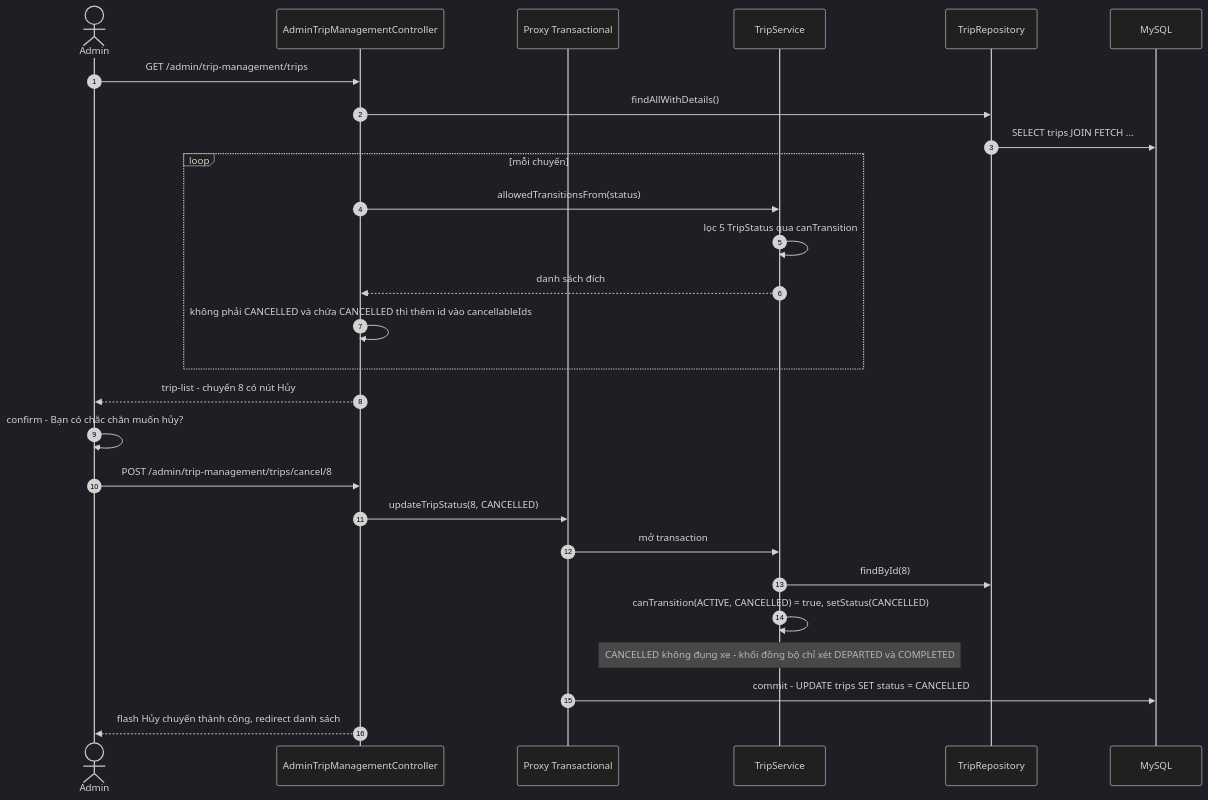
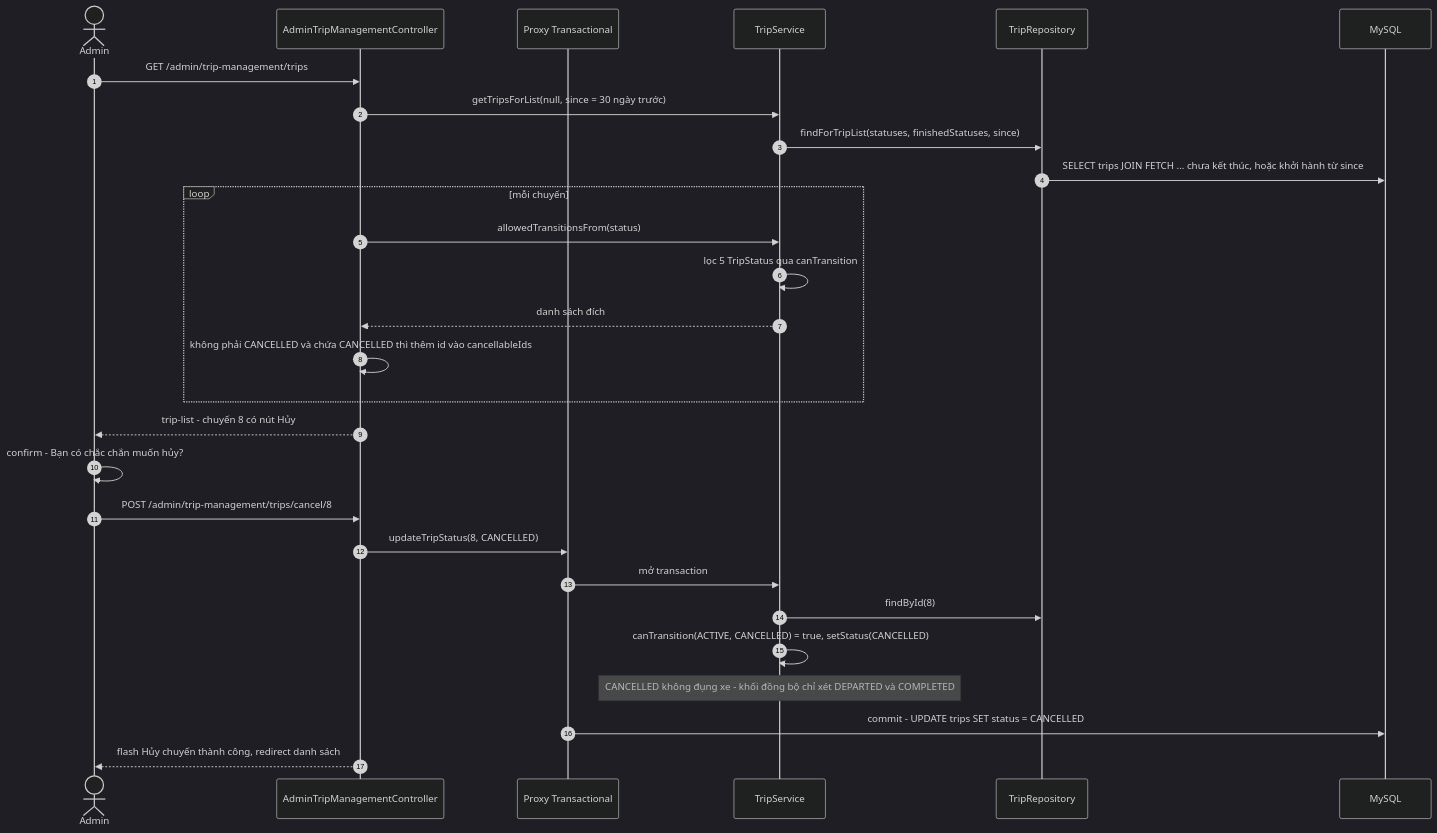
The fifth of 5 diagrams in BusManagement/docs/study/05-trip-fsm.md (giang-it/BusManagement), drawn with Mermaid (dark theme) before and after one commit. The commit also changed other lines of this file and 14 other files, not shown here.

````diff
--- a/BusManagement/docs/study/05-trip-fsm.md
+++ b/BusManagement/docs/study/05-trip-fsm.md
@@ -364,29 +364,30 @@
 ```mermaid
 sequenceDiagram
     autonumber
     actor A as Admin
     participant C as AdminTripManagementController
     participant P as Proxy Transactional
     participant S as TripService
     participant R as TripRepository
     participant DB as MySQL
     A->>C: GET /admin/trip-management/trips
-    C->>R: findAllWithDetails()
-    R->>DB: SELECT trips JOIN FETCH ...
+    C->>S: getTripsForList(null, since = 30 ngày trước)
+    S->>R: findForTripList(statuses, finishedStatuses, since)
+    R->>DB: SELECT trips JOIN FETCH ... chưa kết thúc, hoặc khởi hành từ since
     loop mỗi chuyến
         C->>S: allowedTransitionsFrom(status)
         S->>S: lọc 5 TripStatus qua canTransition
         S-->>C: danh sách đích
         C->>C: không phải CANCELLED và chứa CANCELLED thì thêm id vào cancellableIds
     end
     C-->>A: trip-list - chuyến 8 có nút Hủy
     A->>A: confirm - Bạn có chắc chắn muốn hủy?
     A->>C: POST /admin/trip-management/trips/cancel/8
     C->>P: updateTripStatus(8, CANCELLED)
     P->>S: mở transaction
     S->>R: findById(8)
     S->>S: canTransition(ACTIVE, CANCELLED) = true, setStatus(CANCELLED)
     Note over S: CANCELLED không đụng xe - khối đồng bộ chỉ xét DEPARTED và COMPLETED
     P->>DB: commit - UPDATE trips SET status = CANCELLED
     C-->>A: flash Hủy chuyến thành công, redirect danh sách
 ```
````
